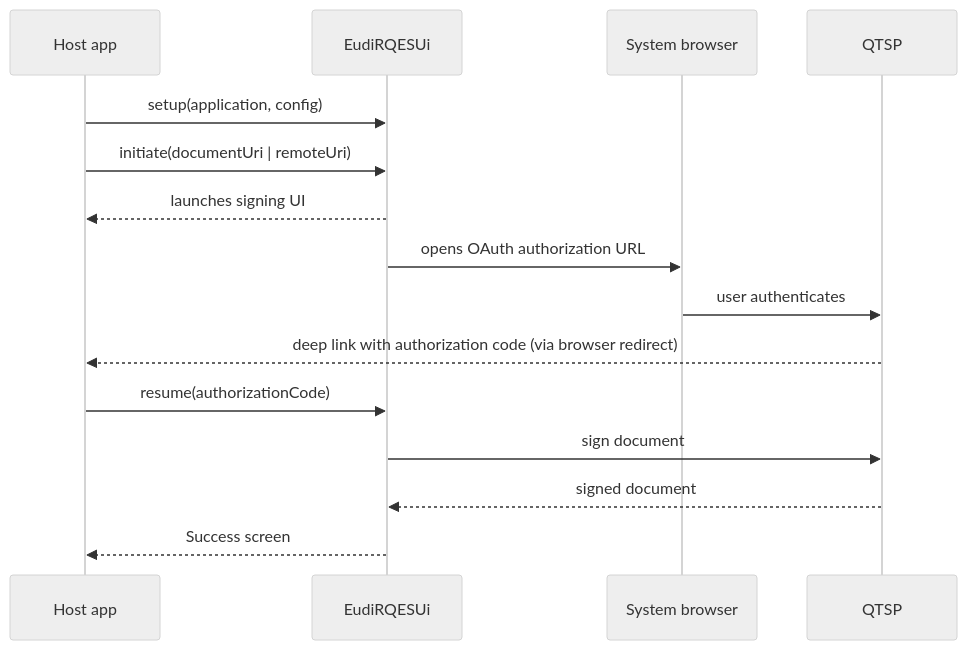
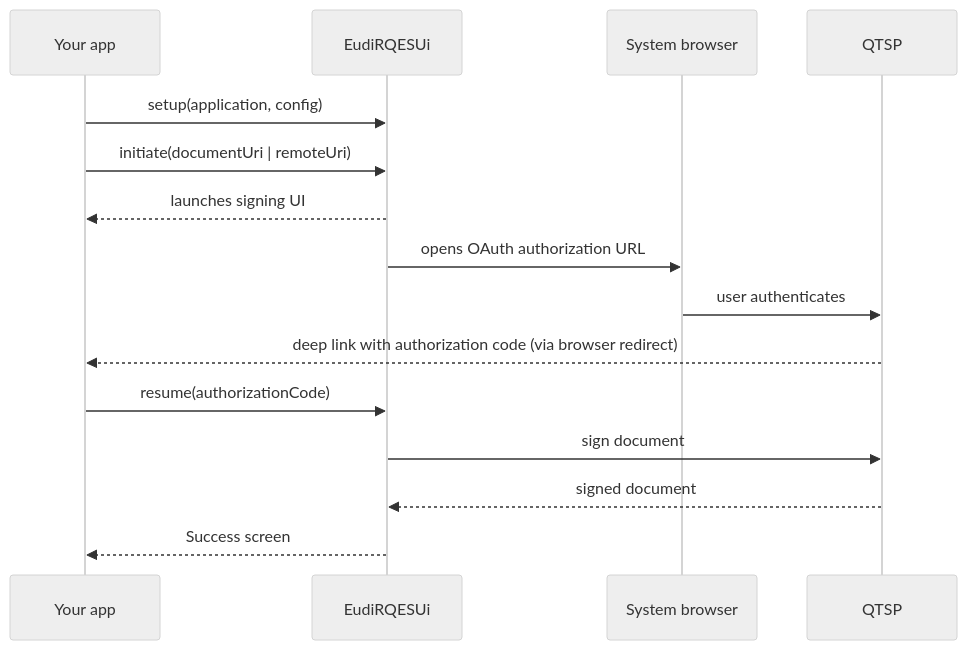
One commit to eu-digital-identity-wallet/eudi-lib-android-rqes-ui changed the diagram in README.md. Above: the diagram before and after it, drawn with Mermaid (neutral theme). The commit also changed other lines of this file and 7 other files, not shown here.

First line of the commit message:
feat: add optional signing logger support in EudiRQESUiConfig

````diff
--- a/README.md
+++ b/README.md
@@ -64,18 +65,18 @@
 ```mermaid
 sequenceDiagram
-    participant Host as Host app
+    participant App as Your app
     participant SDK as EudiRQESUi
     participant Browser as System browser
     participant QTSP
 
-    Host->>SDK: setup(application, config)
-    Host->>SDK: initiate(documentUri | remoteUri)
-    SDK-->>Host: launches signing UI
+    App->>SDK: setup(application, config)
+    App->>SDK: initiate(documentUri | remoteUri)
+    SDK-->>App: launches signing UI
     SDK->>Browser: opens OAuth authorization URL
     Browser->>QTSP: user authenticates
-    QTSP-->>Host: deep link with authorization code (via browser redirect)
-    Host->>SDK: resume(authorizationCode)
+    QTSP-->>App: deep link with authorization code (via browser redirect)
+    App->>SDK: resume(authorizationCode)
     SDK->>QTSP: sign document
     QTSP-->>SDK: signed document
-    SDK-->>Host: Success screen
+    SDK-->>App: Success screen
 ```
````
